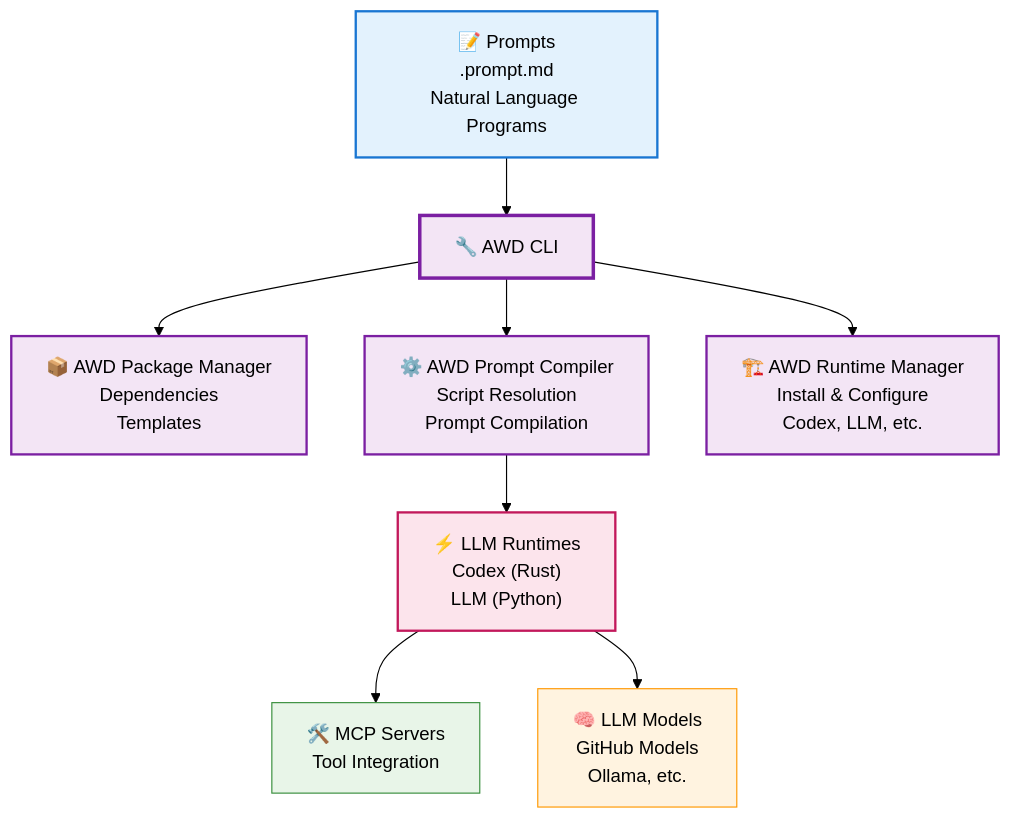
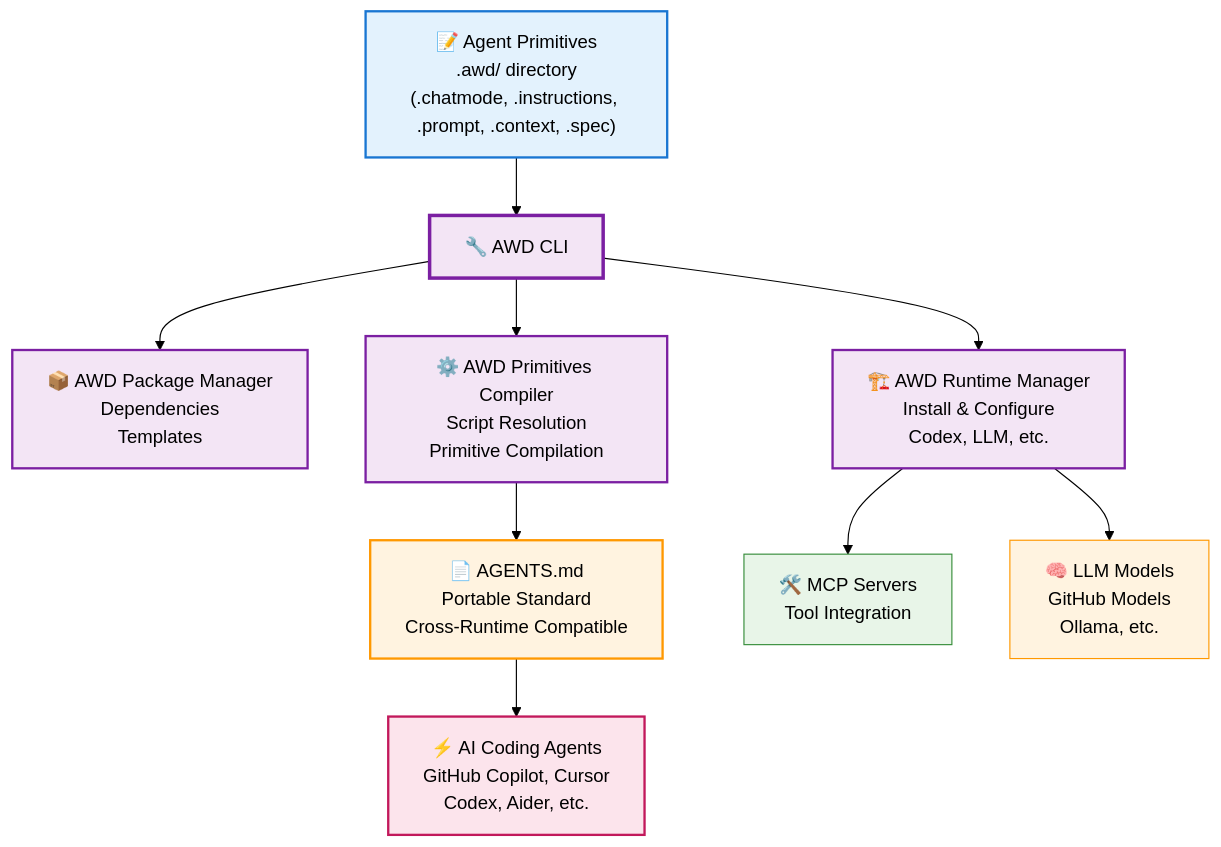
One commit to danielmeppiel/apm-cli changed the diagram in README.md. Above: the diagram before and after it, drawn with Mermaid (forest theme). The commit also changed other lines of this file, not shown here.

Commit message:
feat: Revise README.md to enhance clarity on AI-Native Development framework and Agent Primitives

````diff
--- a/README.md
+++ b/README.md
@@ -188,22 +225,25 @@
 ```mermaid
 graph TD
-    A["📝 Prompts<br/>.prompt.md<br/>Natural Language Programs"] --> B["🔧 AWD CLI"]
+    A["📝 Agent Primitives<br/>.awd/ directory<br/>(.chatmode, .instructions, .prompt, .context, .spec)"] --> B["🔧 AWD CLI"]
     
     B --> D["📦 AWD Package Manager<br/>Dependencies<br/>Templates"]
-    B --> C["⚙️ AWD Prompt Compiler<br/>Script Resolution<br/>Prompt Compilation"]
+    B --> C["⚙️ AWD Primitives Compiler<br/>Script Resolution<br/>Primitive Compilation"]
     B --> E["🏗️ AWD Runtime Manager<br/>Install & Configure<br/>Codex, LLM, etc."]
     
-    C --> F["⚡ LLM Runtimes<br/>Codex (Rust)<br/>LLM (Python)"]
+    C --> F["📄 AGENTS.md<br/>Portable Standard<br/>Cross-Runtime Compatible"]
     
-    F --> G["🛠️ MCP Servers<br/>Tool Integration"]
-    F --> H["🧠 LLM Models<br/>GitHub Models<br/>Ollama, etc."]
+    F --> G["⚡ AI Coding Agents<br/>GitHub Copilot, Cursor<br/>Codex, Aider, etc."]
+    
+    E --> H["🛠️ MCP Servers<br/>Tool Integration"]
+    E --> I["🧠 LLM Models<br/>GitHub Models<br/>Ollama, etc."]
     
     style A fill:#e3f2fd,stroke:#1976d2,stroke-width:2px,color:#000
     style B fill:#f3e5f5,stroke:#7b1fa2,stroke-width:3px,color:#000
     style C fill:#f3e5f5,stroke:#7b1fa2,stroke-width:2px,color:#000
     style D fill:#f3e5f5,stroke:#7b1fa2,stroke-width:2px,color:#000
     style E fill:#f3e5f5,stroke:#7b1fa2,stroke-width:2px,color:#000
-    style F fill:#fce4ec,stroke:#c2185b,stroke-width:2px,color:#000
-    style G fill:#e8f5e8,stroke:#388e3c,stroke-width:1px,color:#000
-    style H fill:#fff3e0,stroke:#ff9800,stroke-width:1px,color:#000
+    style F fill:#fff3e0,stroke:#ff9800,stroke-width:2px,color:#000
+    style G fill:#fce4ec,stroke:#c2185b,stroke-width:2px,color:#000
+    style H fill:#e8f5e8,stroke:#388e3c,stroke-width:1px,color:#000
+    style I fill:#fff3e0,stroke:#ff9800,stroke-width:1px,color:#000
 ```
````
